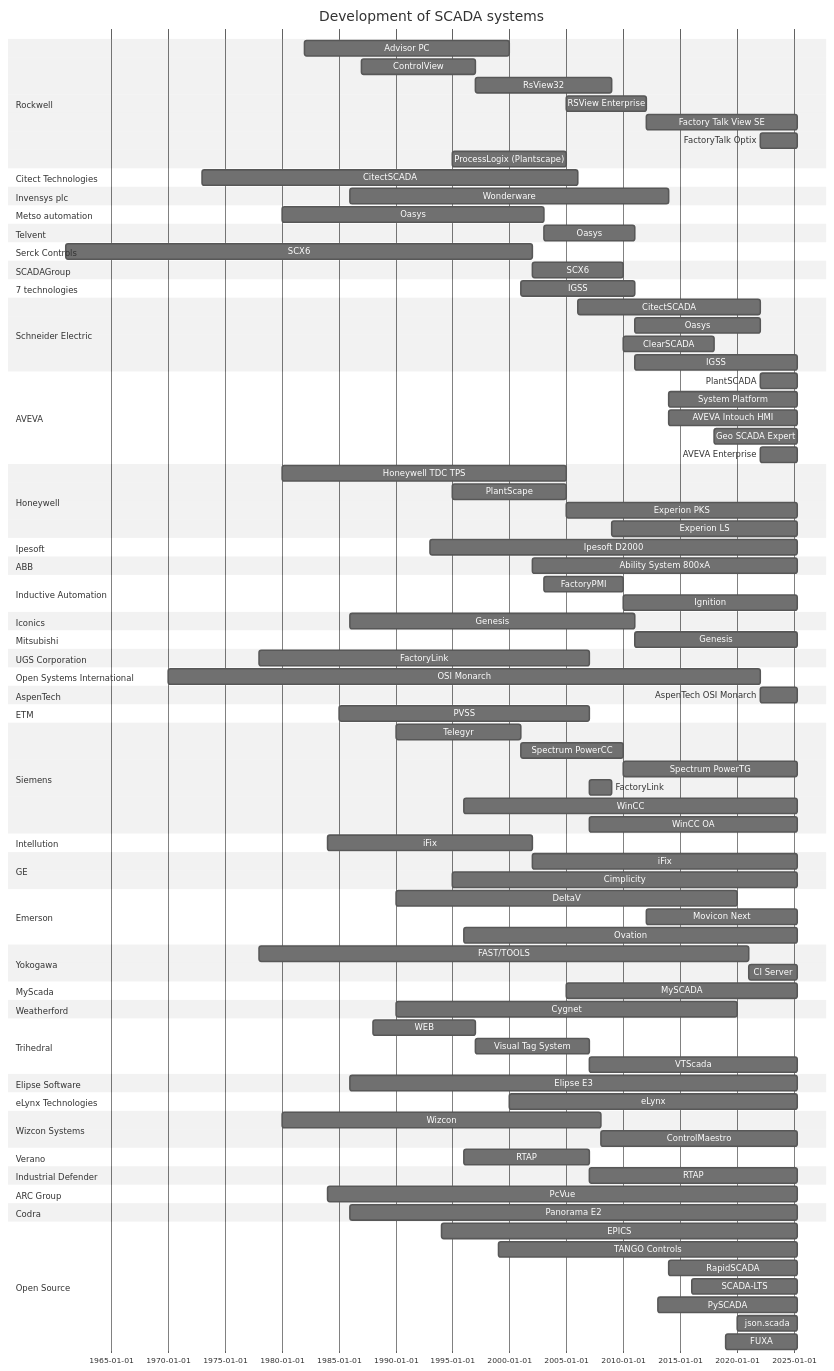
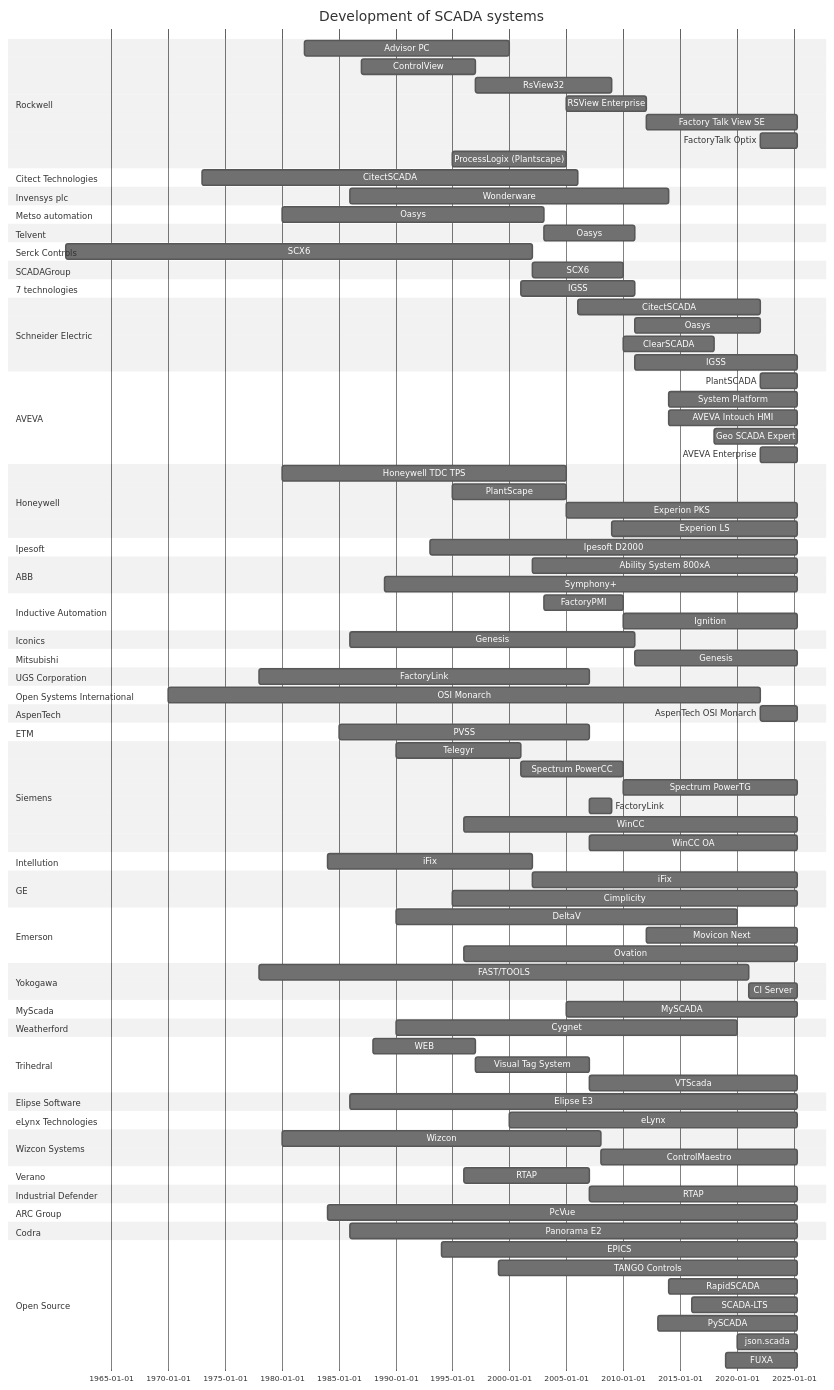
Before and after one commit to hutcheb/scada-timeline: the diagram in README.md, drawn with Mermaid (neutral theme).

Commit message:
feat: ABB symphony+

```diff
--- a/README.md
+++ b/README.md
@@ -65,6 +65,8 @@
     section ABB
         %%(https://de.wikipedia.org/wiki/800xA)
         Ability System 800xA : 2002, until 2025
+        %%(https://new.abb.com/control-systems/symphony-plus)
+        Symphony+ : symphony, 1989, until 2025
     section Inductive Automation
         %%(https://en.wikipedia.org/wiki/Inductive_Automation)
         FactoryPMI : factorypmi, 2003, 2010
```
